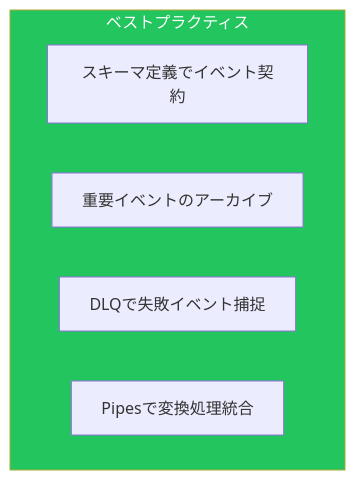
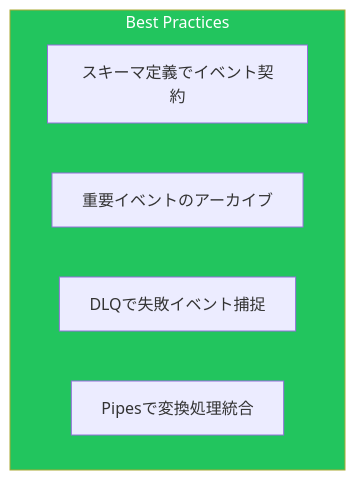
Before and after one commit to shunkus/shunku.net: the fourth of 4 diagrams in content/blog/ja/aws-eventbridge-advanced.md, drawn with Mermaid. The commit also changed other lines of this file and 56 other files, not shown here.

````diff
--- a/content/blog/ja/aws-eventbridge-advanced.md
+++ b/content/blog/ja/aws-eventbridge-advanced.md
@@ -627,11 +627,11 @@
 ```mermaid
 flowchart TB
-    subgraph BestPractices["ベストプラクティス"]
+    subgraph BestPractices["Best Practices"]
         Schema["スキーマ定義でイベント契約"]
         Archive["重要イベントのアーカイブ"]
         DLQ["DLQで失敗イベント捕捉"]
         Pipes["Pipesで変換処理統合"]
     end
 
     style BestPractices fill:#22c55e,color:#fff
 ```
````
